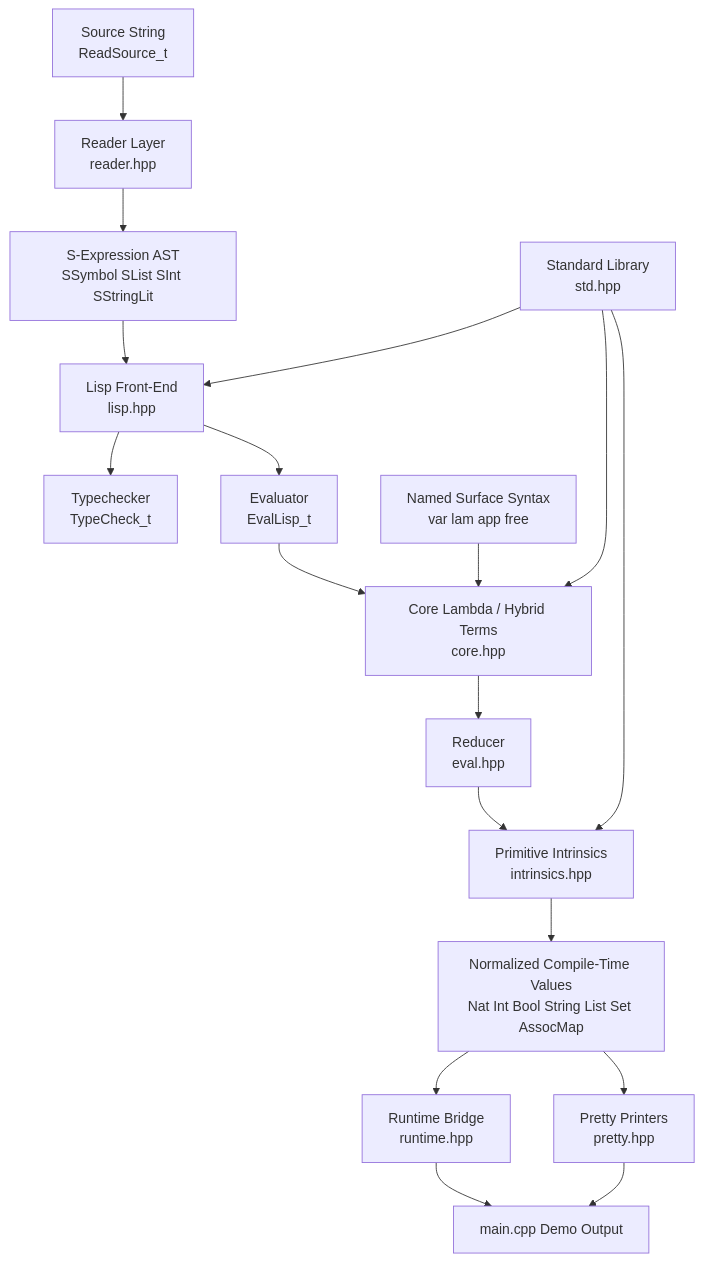
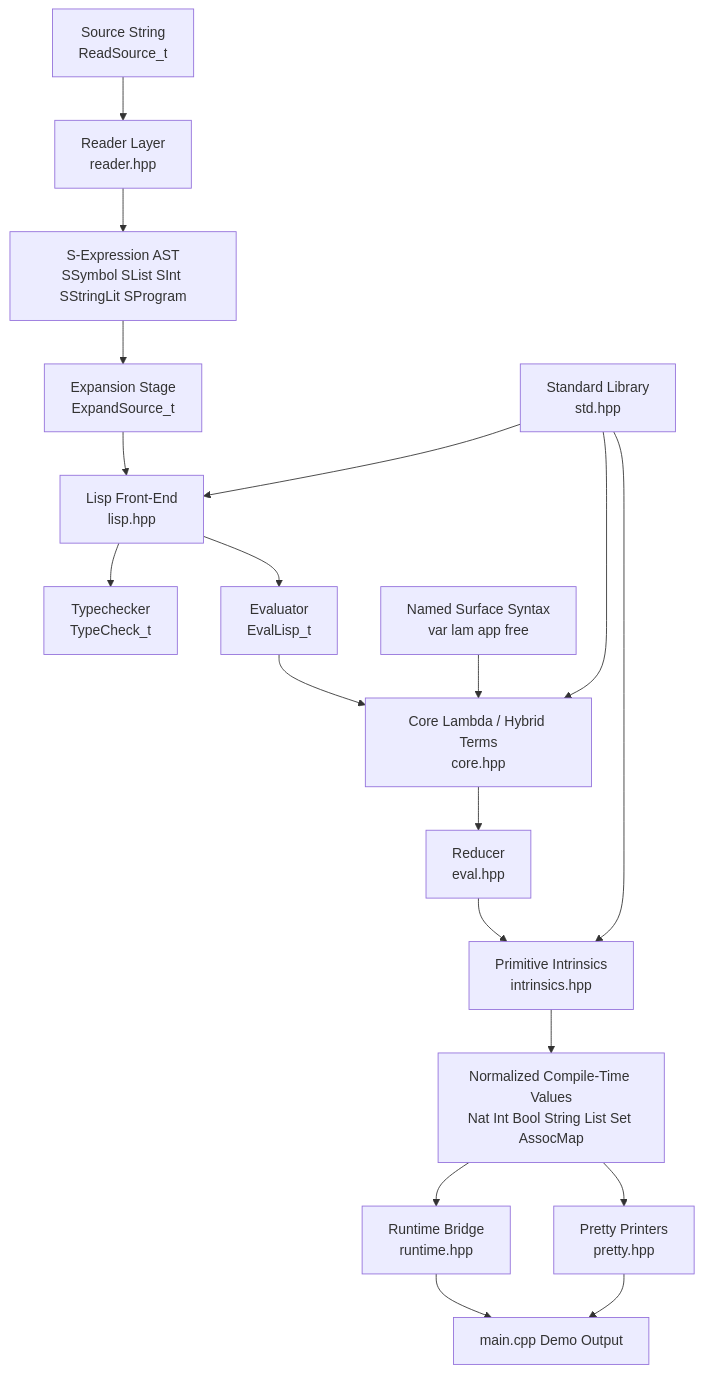
Before and after one commit to Tethane/Metaprogramming: the diagram in README.md, drawn with Mermaid. The commit also changed other lines of this file and 6 other files, not shown here.

````diff
--- a/README.md
+++ b/README.md
@@ -93,20 +95,21 @@
 ```mermaid
 flowchart TD
     A[Source String<br/>ReadSource_t] --> B[Reader Layer<br/>reader.hpp]
-    B --> C[S-Expression AST<br/>SSymbol SList SInt SStringLit]
-    C --> D[Lisp Front-End<br/>lisp.hpp]
+    B --> C[S-Expression AST<br/>SSymbol SList SInt SStringLit SProgram]
+    C --> X[Expansion Stage<br/>ExpandSource_t]
+    X --> D[Lisp Front-End<br/>lisp.hpp]
     D --> E[Typechecker<br/>TypeCheck_t]
     D --> F[Evaluator<br/>EvalLisp_t]
     F --> G[Core Lambda / Hybrid Terms<br/>core.hpp]
     G --> H[Reducer<br/>eval.hpp]
     H --> I[Primitive Intrinsics<br/>intrinsics.hpp]
     I --> J[Normalized Compile-Time Values<br/>Nat Int Bool String List Set AssocMap]
     J --> K[Pretty Printers<br/>pretty.hpp]
     J --> L[Runtime Bridge<br/>runtime.hpp]
     M[Named Surface Syntax<br/>var lam app free] --> G
     N[Standard Library<br/>std.hpp] --> D
     N --> G
     N --> I
     L --> O[main.cpp Demo Output]
     K --> O
 ```
````
